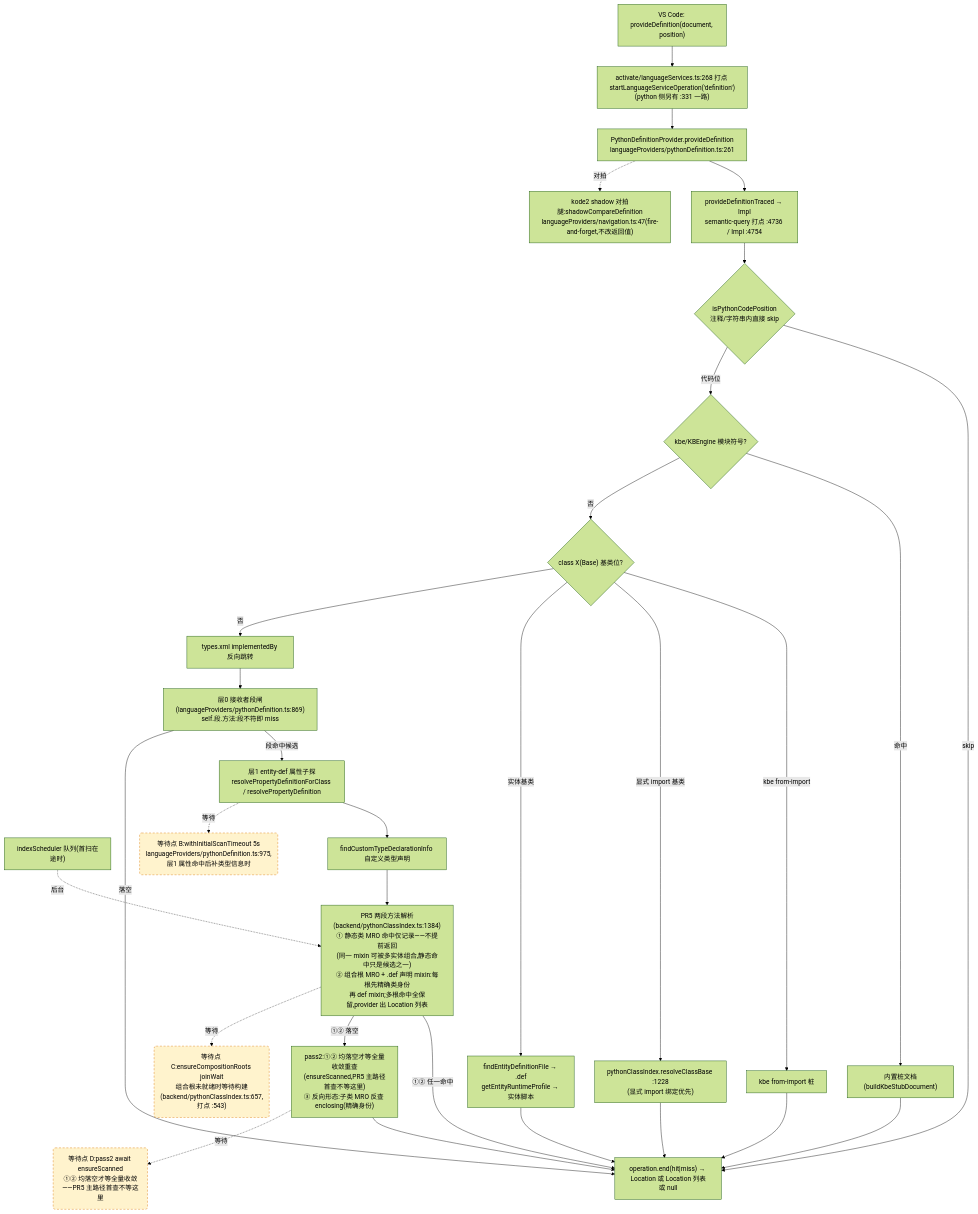
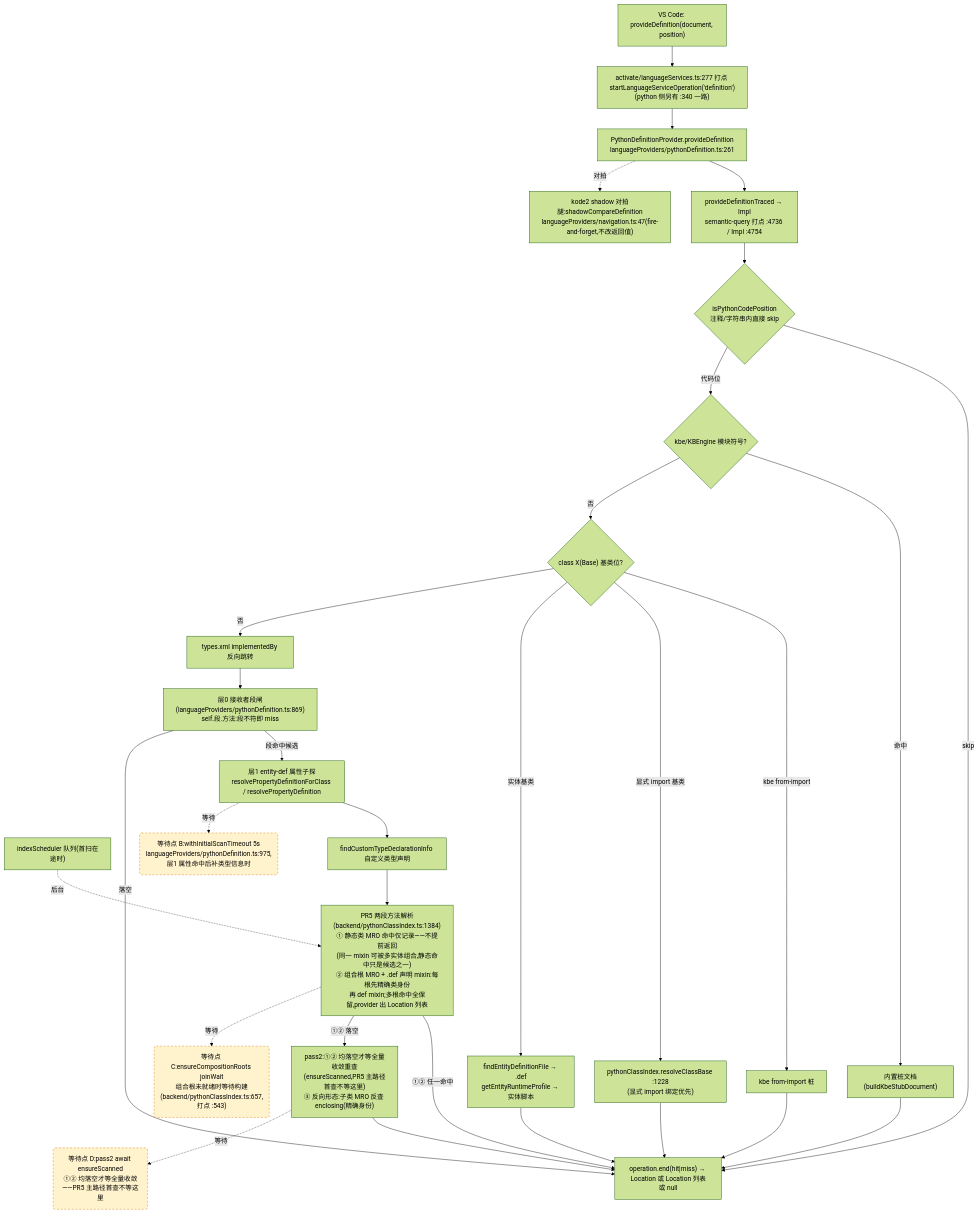
Before and after one commit to cuihairu/kode: the second of 4 diagrams in docs/perf/2026-baseline.md, drawn with Mermaid (forest theme). The commit also changed other lines of this file and 11 other files, not shown here.

````diff
--- a/docs/perf/2026-baseline.md
+++ b/docs/perf/2026-baseline.md
@@ -136,51 +136,51 @@
 ```mermaid
 flowchart TD
   VC2["VS Code: provideDefinition(document, position)"]
-  M2["activate/languageServices.ts:268 打点 startLanguageServiceOperation('definition')<br/>(python 侧另有 :331 一路)"]
+  M2["activate/languageServices.ts:277 打点 startLanguageServiceOperation('definition')<br/>(python 侧另有 :340 一路)"]
   AD2["PythonDefinitionProvider.provideDefinition<br/>languageProviders/pythonDefinition.ts:261"]
   TR["provideDefinitionTraced → Impl<br/>semantic-query 打点 :4736 / Impl :4754"]
   CTX{"isPythonCodePosition<br/>注释/字符串内直接 skip"}
   KBE{"kbe/KBEngine 模块符号?"}
   STUB["内置桩文档(buildKbeStubDocument)"]
   CB{"class X(Base) 基类位?"}
   CB1["kbe from-import 桩"]
   CB2["pythonClassIndex.resolveClassBase :1228<br/>(显式 import 绑定优先)"]
   CB3["findEntityDefinitionFile → .def<br/>getEntityRuntimeProfile → 实体脚本"]
   REV["types.xml implementedBy 反向跳转"]
   L0["层0 接收者段闸(languageProviders/pythonDefinition.ts:869)<br/>self.段.方法:段不符即 miss"]
   L1["层1 entity-def 属性子探<br/>resolvePropertyDefinitionForClass / resolvePropertyDefinition"]
   SCAN["indexScheduler 队列(首扫在途时)"]
   TY["findCustomTypeDeclarationInfo 自定义类型声明"]
   MRO["PR5 两段方法解析(backend/pythonClassIndex.ts:1384)<br/>① 静态类 MRO 命中仅记录——不提前返回<br/>(同一 mixin 可被多实体组合,静态命中只是候选之一)<br/>② 组合根 MRO + .def 声明 mixin:每根先精确类身份<br/>再 def mixin;多根命中全保留,provider 出 Location 列表"]
   PASS2["pass2:①② 均落空才等全量收敛重查<br/>(ensureScanned,PR5 主路径首查不等这里)<br/>③ 反向形态:子类 MRO 反查 enclosing(精确身份)"]
   SHD["kode2 shadow 对拍腿:shadowCompareDefinition<br/>languageProviders/navigation.ts:47(fire-and-forget,不改返回值)"]
   END2["operation.end(hit|miss) → Location 或 Location 列表或 null"]
 
   VC2 --> M2 --> AD2 --> TR --> CTX
   CTX -- "skip" --> END2
   CTX -- "代码位" --> KBE
   KBE -- "命中" --> STUB --> END2
   KBE -- "否" --> CB
   CB -- "kbe from-import" --> CB1 --> END2
   CB -- "显式 import 基类" --> CB2 --> END2
   CB -- "实体基类" --> CB3 --> END2
   CB -- "否" --> REV --> L0
   L0 -- "段命中候选" --> L1
   L0 -- "落空" --> END2
   L1 --> TY
   TY --> MRO
   MRO -- "①② 任一命中" --> END2
   MRO -- "①② 落空" --> PASS2 --> END2
   AD2 -.->|对拍| SHD
 
   WAITB("等待点 B:withInitialScanTimeout 5s<br/>languageProviders/pythonDefinition.ts:975,层1 属性命中后补类型信息时")
   WAITC("等待点 C:ensureCompositionRoots joinWait<br/>组合根未就绪时等待构建(backend/pythonClassIndex.ts:657,打点 :543)")
   WAITD("等待点 D:pass2 await ensureScanned<br/>①② 均落空才等全量收敛——PR5 主路径首查不等这里")
   L1 -.->|等待| WAITB
   MRO -.->|等待| WAITC
   PASS2 -.->|等待| WAITD
   SCAN -.->|后台| MRO
 
   classDef waitPoint fill:#fff3cd,stroke:#d97706,stroke-dasharray:5 4;
   class WAITB,WAITC,WAITD waitPoint;
 ```
````
